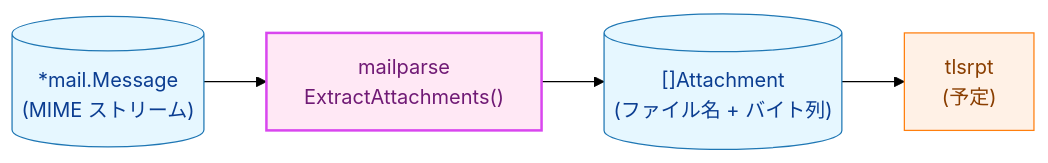
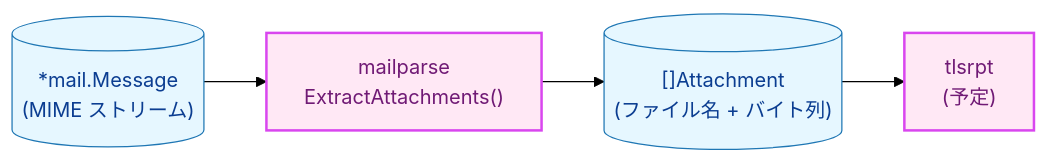
The first of 8 diagrams in docs/tasks/0011_mailparse/02_architecture.md (isseis/tlsrpt-digest), drawn with Mermaid (forest theme) before and after one commit. The commit also changed other lines of this file, not shown here.

First line of the commit message:
docs: address review comments on mailparse architecture

````diff
--- a/docs/tasks/0011_mailparse/02_architecture.md
+++ b/docs/tasks/0011_mailparse/02_architecture.md
@@ -27,19 +27,19 @@
 ```mermaid
 flowchart LR
     classDef data fill:#e6f7ff,stroke:#1f77b4,stroke-width:1px,color:#0b3d91;
     classDef process fill:#fff1e6,stroke:#ff7f0e,stroke-width:1px,color:#8a3e00;
     classDef newpkg fill:#ffe8f5,stroke:#d946ef,stroke-width:2px,color:#701a75;
 
     msg[("*mail.Message<br>(MIME ストリーム)")]
     parser["mailparse<br>ExtractAttachments()"]
     attachments[("[]Attachment<br>(ファイル名 + バイト列)")]
     tlsrpt["tlsrpt<br>(予定)"]
 
     msg --> parser
     parser --> attachments
     attachments --> tlsrpt
 
     class msg,attachments data
-    class tlsrpt process
+    class tlsrpt newpkg
     class parser newpkg
 ```
````
